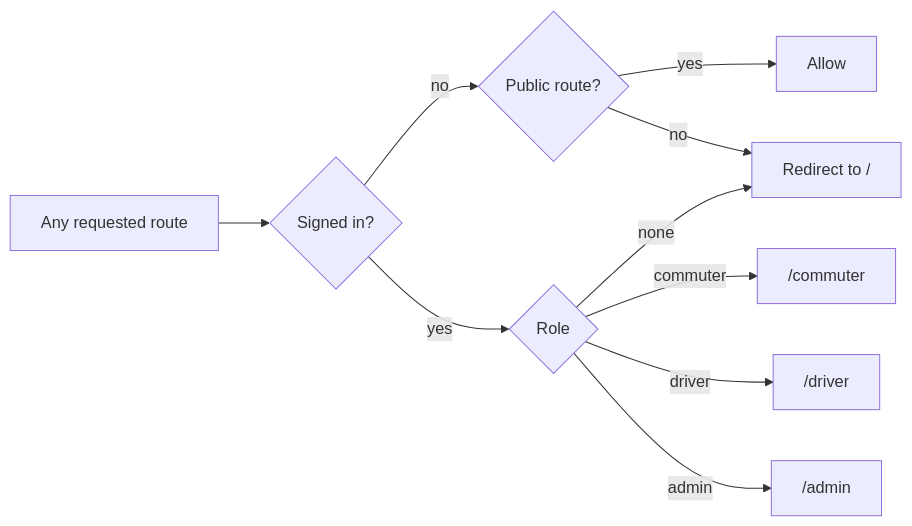
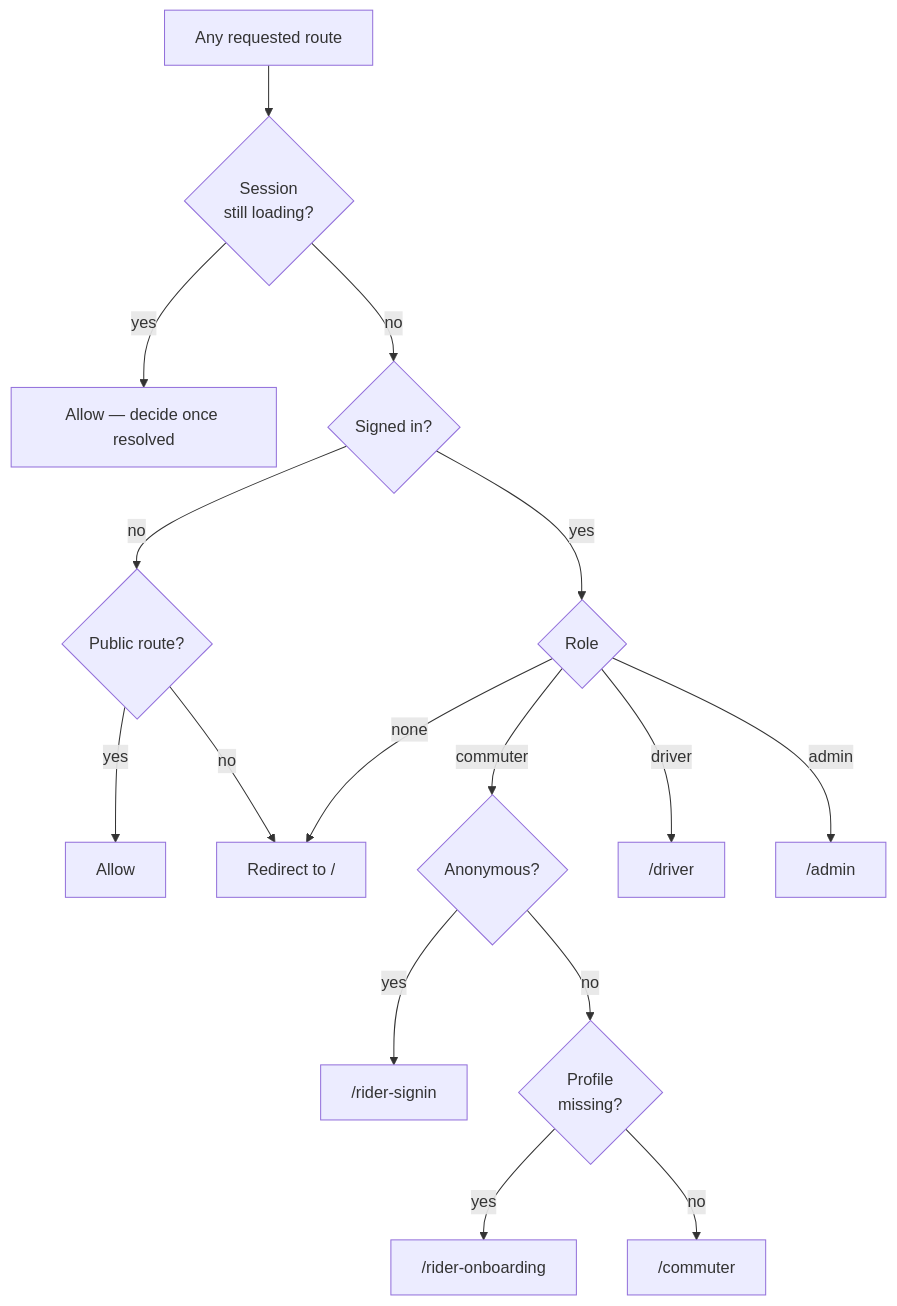
The fourth of 4 diagrams in trikekoto_app/docs/screen-flows.md (aizayne/trikekoto-web), drawn with Mermaid before and after one commit. The commit also changed other lines of this file and 118 other files, not shown here.

````diff
--- a/trikekoto_app/docs/screen-flows.md
+++ b/trikekoto_app/docs/screen-flows.md
@@ -96,12 +118,18 @@
 ```mermaid
-flowchart LR
-    R["Any requested route"] --> S{"Signed in?"}
+flowchart TD
+    R["Any requested route"] --> LD{"Session<br/>still loading?"}
+    LD -->|"yes"| W["Allow — decide once resolved"]
+    LD -->|"no"| S{"Signed in?"}
     S -->|"no"| P{"Public route?"}
     P -->|"yes"| OK["Allow"]
     P -->|"no"| H["Redirect to /"]
     S -->|"yes"| RO{"Role"}
-    RO -->|"commuter"| C["/commuter"]
+    RO -->|"commuter"| AN{"Anonymous?"}
+    AN -->|"yes"| SI["/rider-signin"]
+    AN -->|"no"| NB{"Profile<br/>missing?"}
+    NB -->|"yes"| ONB["/rider-onboarding"]
+    NB -->|"no"| C["/commuter"]
     RO -->|"driver"| D["/driver"]
     RO -->|"admin"| A["/admin"]
     RO -->|"none"| H
 ```
````
